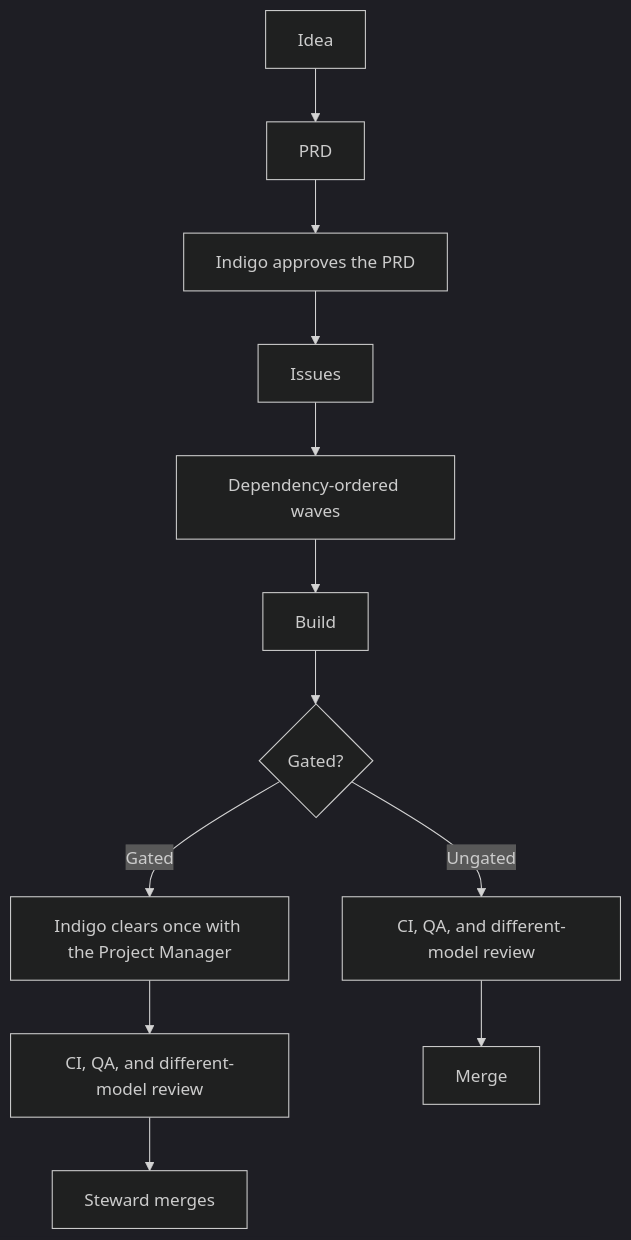
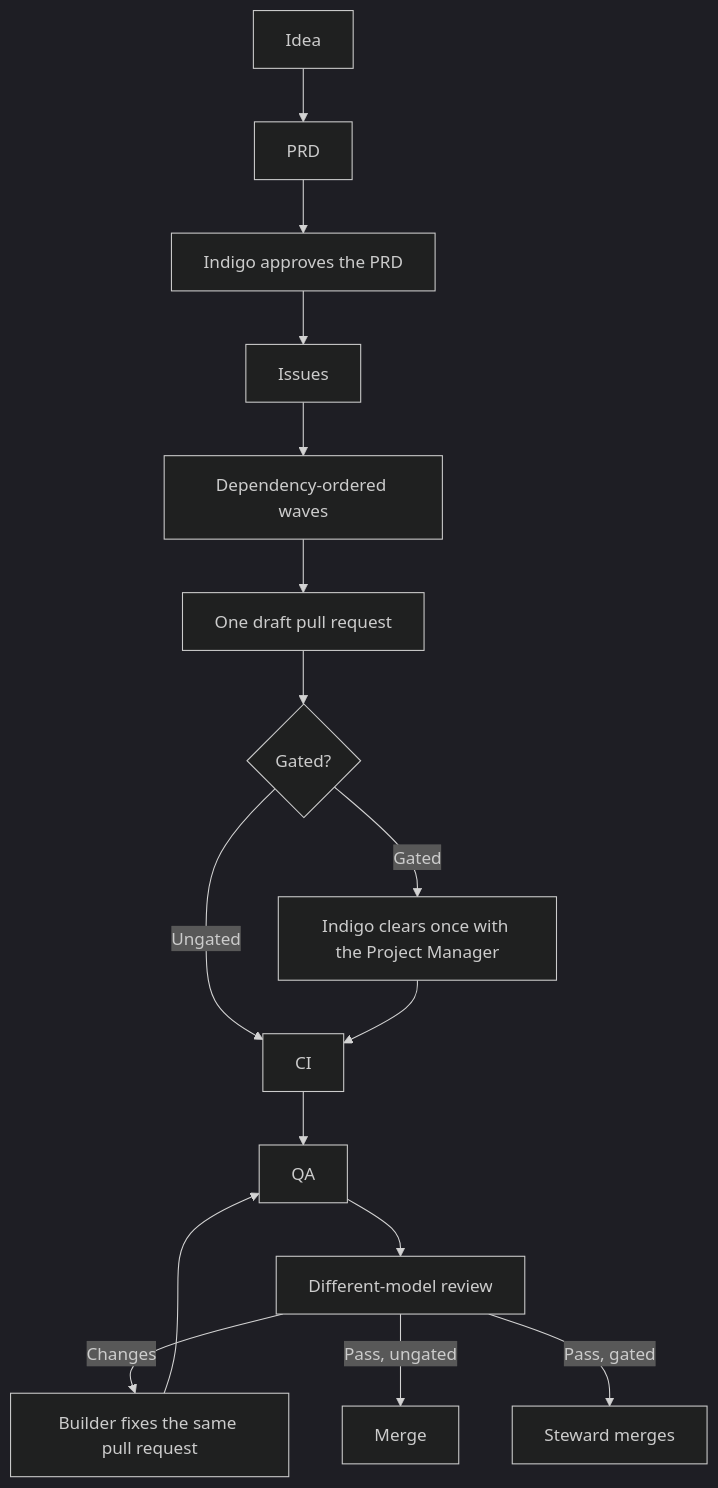
One commit to igrady2/cant-bleep-this changed the diagram in docs/PROCESS.md. Above: the diagram before and after it, drawn with Mermaid (dark theme). The commit also changed other lines of this file, not shown here.

Commit message:
Route review by builder LLM and send fixes back to QA.

````diff
--- a/docs/PROCESS.md
+++ b/docs/PROCESS.md
@@ -29,14 +35,18 @@
 ```mermaid
 flowchart TD
   idea[Idea] --> prd[PRD]
   prd --> approved[Indigo approves the PRD]
   approved --> issues[Issues]
   issues --> waves[Dependency-ordered waves]
-  waves --> build[Build]
-  build --> gated{Gated?}
-  gated -->|Ungated| openChecks["CI, QA, and different-model review"]
+  waves --> draft[One draft pull request]
+  draft --> gated{Gated?}
+  gated -->|Ungated| ci[CI]
   gated -->|Gated| clear[Indigo clears once with the Project Manager]
-  clear --> gatedChecks["CI, QA, and different-model review"]
-  openChecks --> merge[Merge]
-  gatedChecks --> steward[Steward merges]
+  clear --> ci
+  ci --> qa[QA]
+  qa --> review[Different-model review]
+  review -->|Changes| fix[Builder fixes the same pull request]
+  fix --> qa
+  review -->|"Pass, ungated"| merge[Merge]
+  review -->|"Pass, gated"| steward[Steward merges]
 ```
````
